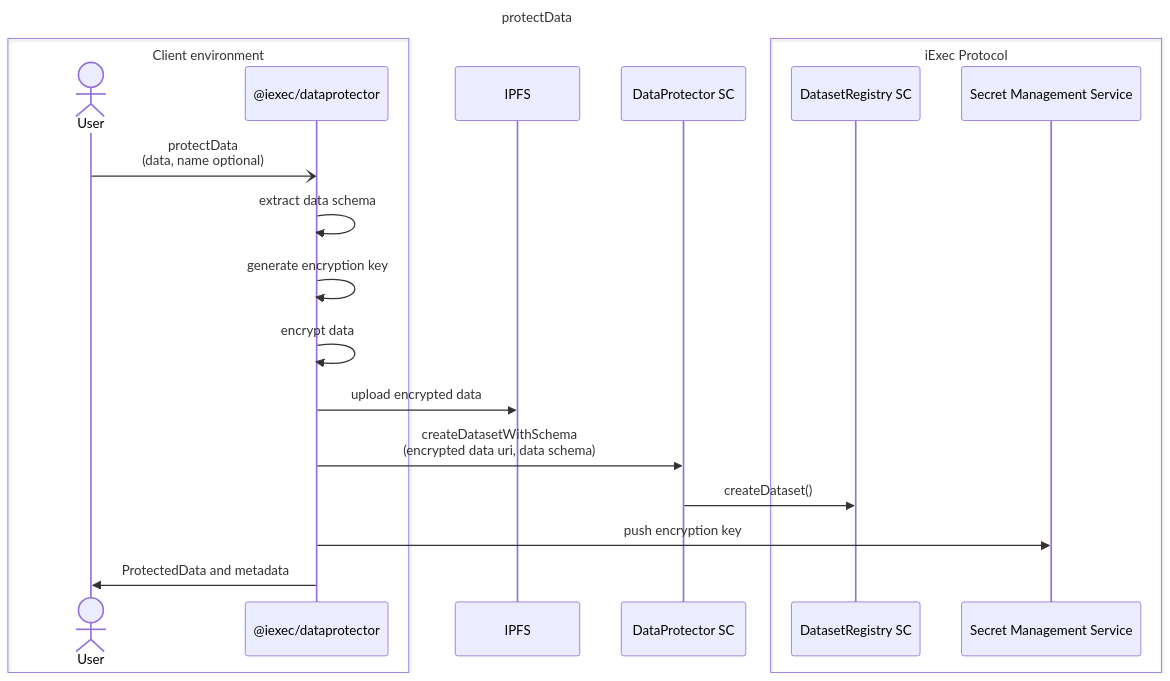
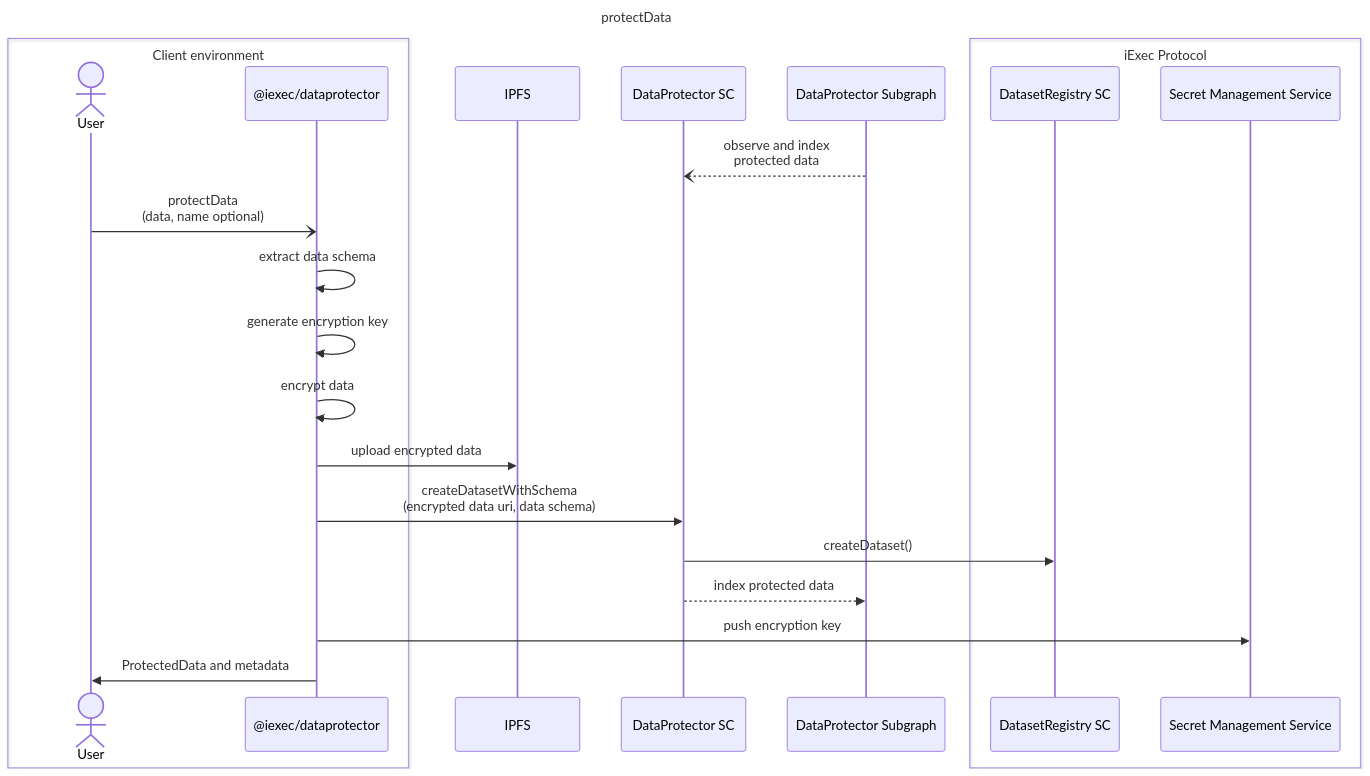
Before and after one commit to iExecBlockchainComputing/dataprotector-sdk: the diagram in technical-design/uml/sequence-protectData.md, drawn with Mermaid.

Commit message:
add subgraph indexation in protectData sequence

````diff
--- a/technical-design/uml/sequence-protectData.md
+++ b/technical-design/uml/sequence-protectData.md
@@ -3,33 +3,38 @@
 ```mermaid
 sequenceDiagram
     title protectData
 
     box Client environment
         actor User
         participant SDK as @iexec/dataprotector
     end
     participant IPFS
     participant DPSC as DataProtector SC
+    participant DPSG as DataProtector Subgraph
     box iExec Protocol
         participant DRSC as DatasetRegistry SC
         participant SMS as Secret Management Service
     end
+
+    DPSG --) DPSC: observe and index<br>protected data
 
     User -) SDK: protectData<br>(data, name optional)
 
     SDK ->> SDK: extract data schema
 
     SDK ->> SDK: generate encryption key
 
     SDK ->> SDK: encrypt data
 
     SDK ->> IPFS: upload encrypted data
 
     SDK ->> DPSC: createDatasetWithSchema<br>(encrypted data uri, data schema)
 
     DPSC ->> DRSC: createDataset()
 
+    DPSC -->> DPSG: index protected data
+
     SDK ->> SMS: push encryption key
 
     SDK ->> User: ProtectedData and metadata
 ```
````
